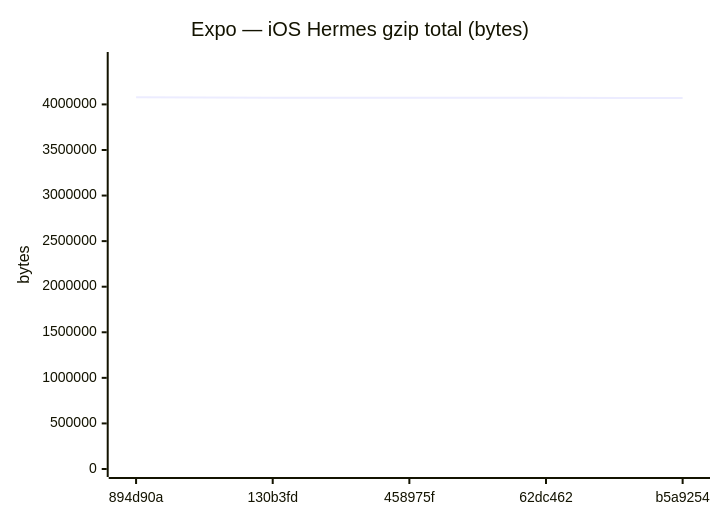
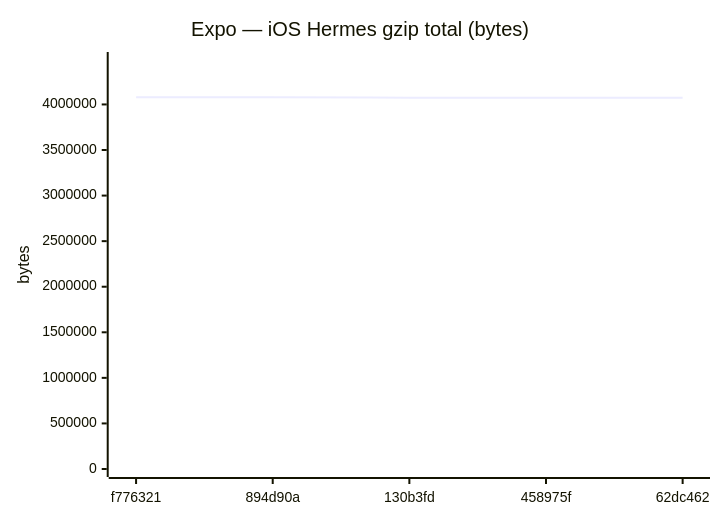
Diagram 12 of 18 in benchmarks/compare.md (Metaheurist/Rianell), drawn with Mermaid before and after one commit. The commit also changed other lines of this file and 11 other files, not shown here.

````diff
--- a/benchmarks/compare.md
+++ b/benchmarks/compare.md
@@ -179,7 +179,7 @@
 ```mermaid
 xychart-beta
     title "Expo — iOS Hermes gzip total (bytes)"
-    x-axis ["894d90a", "130b3fd", "458975f", "62dc462", "b5a9254"]
-    y-axis "bytes" 0 --> 4487168
-    line [4079243, 4074172, 4073443, 4073443, 4069109]
+    x-axis ["f776321", "894d90a", "130b3fd", "458975f", "62dc462"]
+    y-axis "bytes" 0 --> 4487643
+    line [4079675, 4079243, 4074172, 4073443, 4073443]
 ```
````
